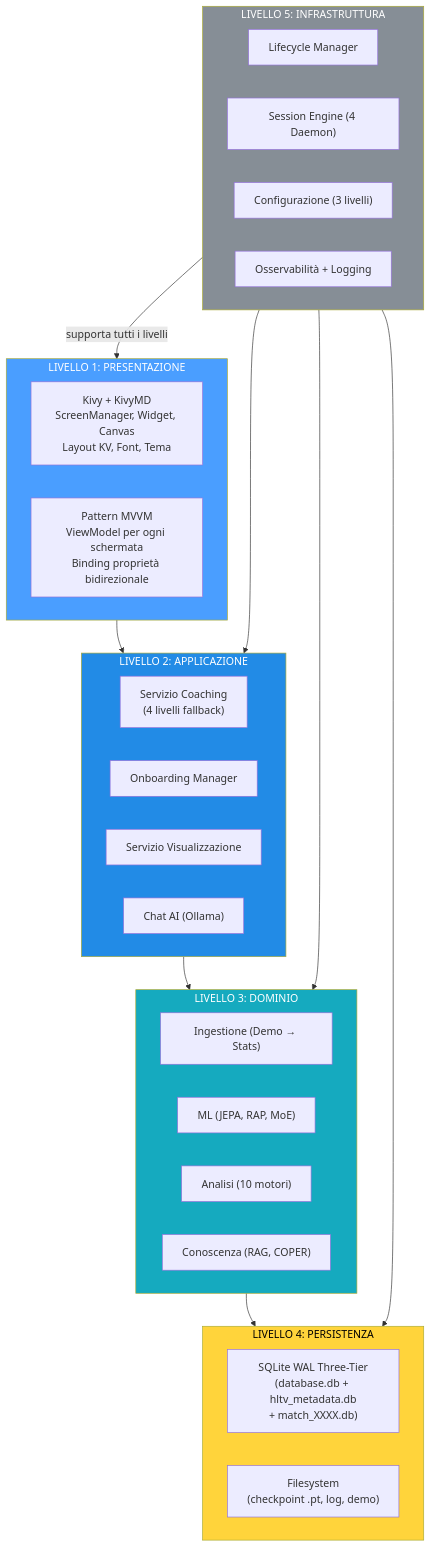
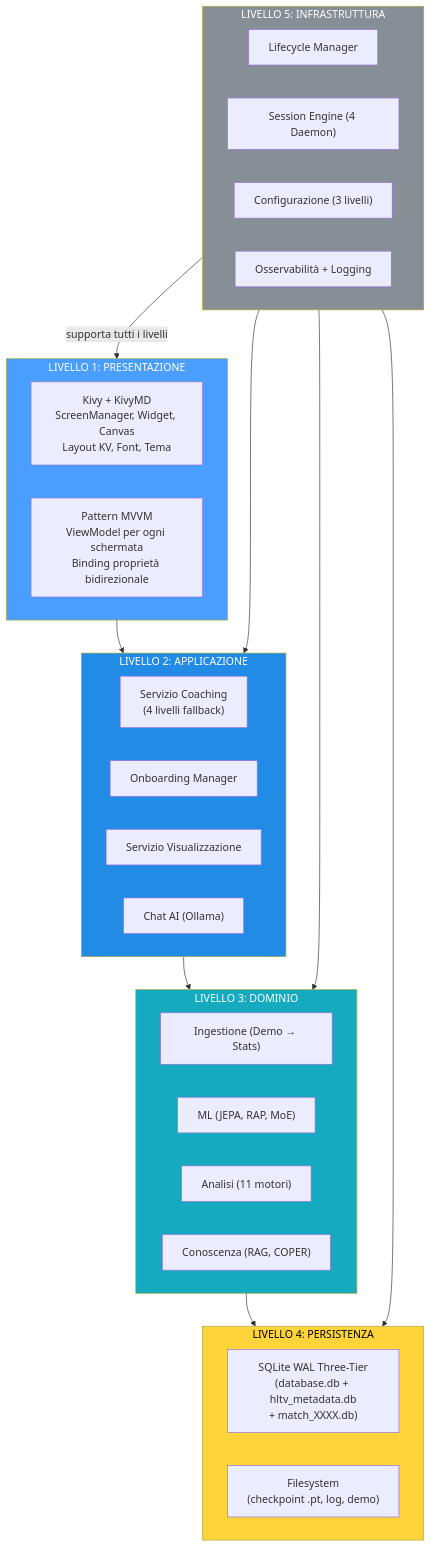
Diagram 52 of 55 in docs/books/Book-Coach-3.md (renanaugustomacena-ux/Counter-Strike-coach-AI), drawn with Mermaid before and after one commit. The commit also changed other lines of this file and 29 other files, not shown here.

````diff
--- a/docs/books/Book-Coach-3.md
+++ b/docs/books/Book-Coach-3.md
@@ -2759,43 +2795,43 @@
 ```mermaid
 flowchart TB
     subgraph L1["LIVELLO 1: PRESENTAZIONE"]
         KIVY["Kivy + KivyMD<br/>ScreenManager, Widget, Canvas<br/>Layout KV, Font, Tema"]
         MVVM["Pattern MVVM<br/>ViewModel per ogni schermata<br/>Binding proprietà bidirezionale"]
     end
     subgraph L2["LIVELLO 2: APPLICAZIONE"]
         COACHING["Servizio Coaching<br/>(4 livelli fallback)"]
         ONBOARD["Onboarding Manager"]
         VIS["Servizio Visualizzazione"]
         CHAT["Chat AI (Ollama)"]
     end
     subgraph L3["LIVELLO 3: DOMINIO"]
         INGEST["Ingestione (Demo → Stats)"]
         ML["ML (JEPA, RAP, MoE)"]
-        ANALYSIS["Analisi (10 motori)"]
+        ANALYSIS["Analisi (11 motori)"]
         KNOWLEDGE["Conoscenza (RAG, COPER)"]
     end
     subgraph L4["LIVELLO 4: PERSISTENZA"]
         SQLITE["SQLite WAL Three-Tier<br/>(database.db + hltv_metadata.db<br/>+ match_XXXX.db)"]
         FILES["Filesystem<br/>(checkpoint .pt, log, demo)"]
     end
     subgraph L5["LIVELLO 5: INFRASTRUTTURA"]
         LIFECYCLE["Lifecycle Manager"]
         SESSION["Session Engine (4 Daemon)"]
         CONFIG["Configurazione (3 livelli)"]
         LOGGING["Osservabilità + Logging"]
     end
 
     L1 --> L2
     L2 --> L3
     L3 --> L4
     L5 -->|"supporta tutti i livelli"| L1
     L5 --> L2
     L5 --> L3
     L5 --> L4
 
     style L1 fill:#4a9eff,color:#fff
     style L2 fill:#228be6,color:#fff
     style L3 fill:#15aabf,color:#fff
     style L4 fill:#ffd43b,color:#000
     style L5 fill:#868e96,color:#fff
 ```
````
